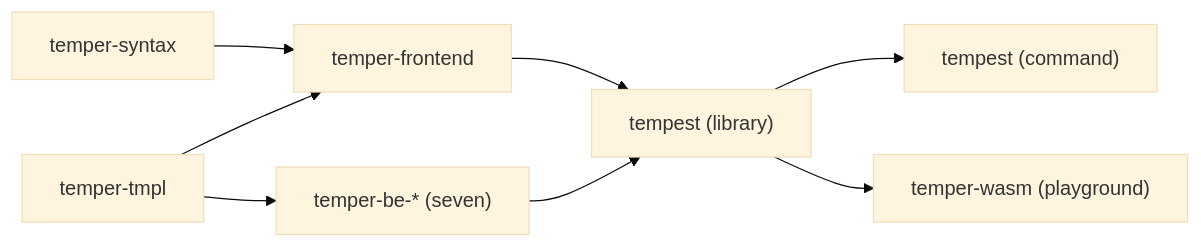
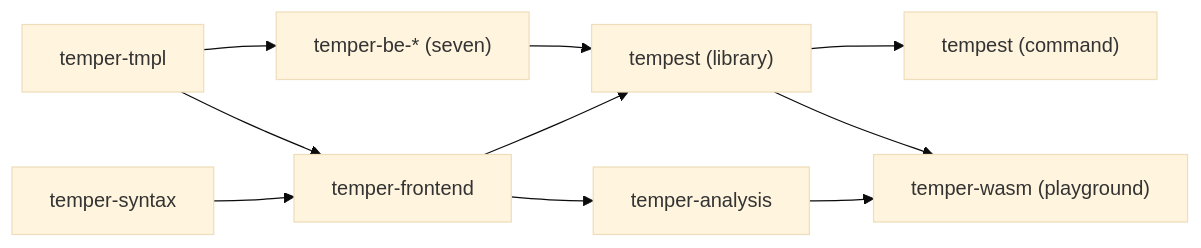
One commit to temperlang/tempest changed the second of 2 diagrams in docs/internals/README.md. Above: the diagram before and after it, drawn with Mermaid (base theme). The commit also changed other lines of this file and 33 other files, not shown here.

````diff
--- a/docs/internals/README.md
+++ b/docs/internals/README.md
@@ -47,10 +47,12 @@
 ```mermaid
 flowchart LR
   syntax["temper-syntax"] --> frontend["temper-frontend"]
   tmplc["temper-tmpl"] --> frontend
   tmplc --> be["temper-be-* (seven)"]
   frontend --> lib["tempest (library)"]
+  frontend --> analysis["temper-analysis"]
+  analysis --> wasm
   be --> lib
   lib --> cli["tempest (command)"]
   lib --> wasm["temper-wasm (playground)"]
 ```
````
